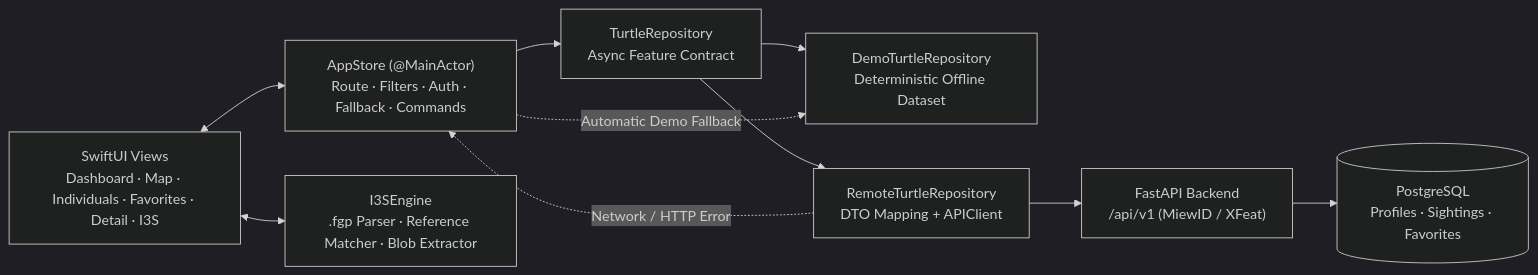
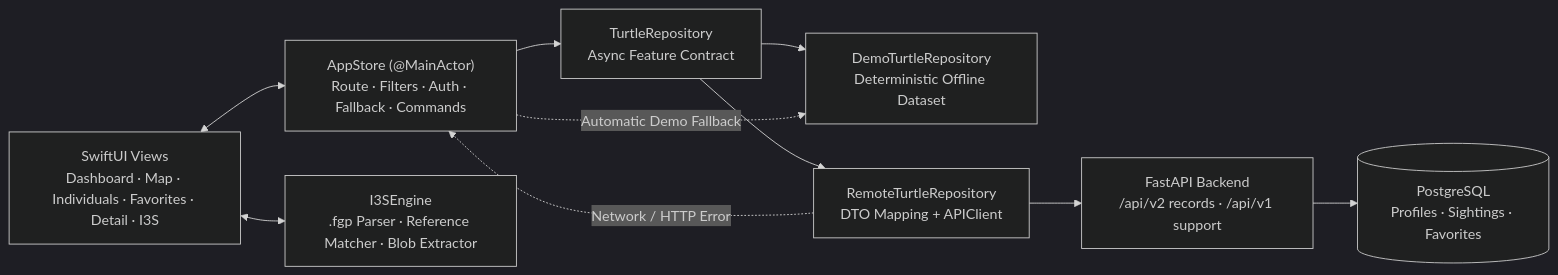
The diagram in README.md (gungfebrian/Ada_Penyu_Mac), drawn with Mermaid (dark theme) before and after one commit. The commit also changed other lines of this file and 31 other files, not shown here.

Commit message:
feat(api): add secure sessions, debug settings, and v2 records

````diff
--- a/README.md
+++ b/README.md
@@ -46,20 +46,20 @@
 ```mermaid
 flowchart LR
     UI["SwiftUI Views\nDashboard · Map · Individuals · Favorites · Detail · I3S"]
     STORE["AppStore (@MainActor)\nRoute · Filters · Auth · Fallback · Commands"]
     REPO["TurtleRepository\nAsync Feature Contract"]
     DEMO["DemoTurtleRepository\nDeterministic Offline Dataset"]
     API["RemoteTurtleRepository\nDTO Mapping + APIClient"]
     I3S["I3SEngine\n.fgp Parser · Reference Matcher · Blob Extractor"]
-    BE["FastAPI Backend\n/api/v1 (MiewID / XFeat)"]
+    BE["FastAPI Backend\n/api/v2 records · /api/v1 support"]
     DB[("PostgreSQL\nProfiles · Sightings · Favorites")]
 
     UI <--> STORE
     UI <--> I3S
     STORE --> REPO
     REPO --> DEMO
     REPO --> API
     API --> BE --> DB
     API -. "Network / HTTP Error" .-> STORE
     STORE -. "Automatic Demo Fallback" .-> DEMO
 ```
````
